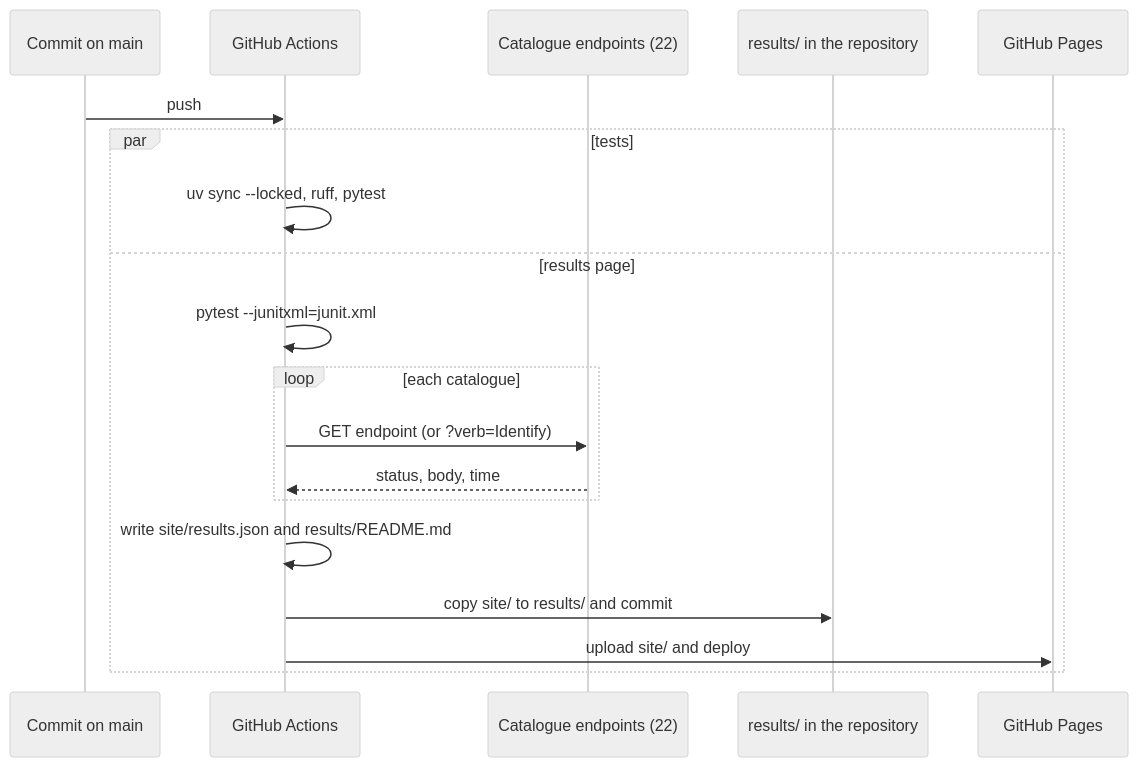
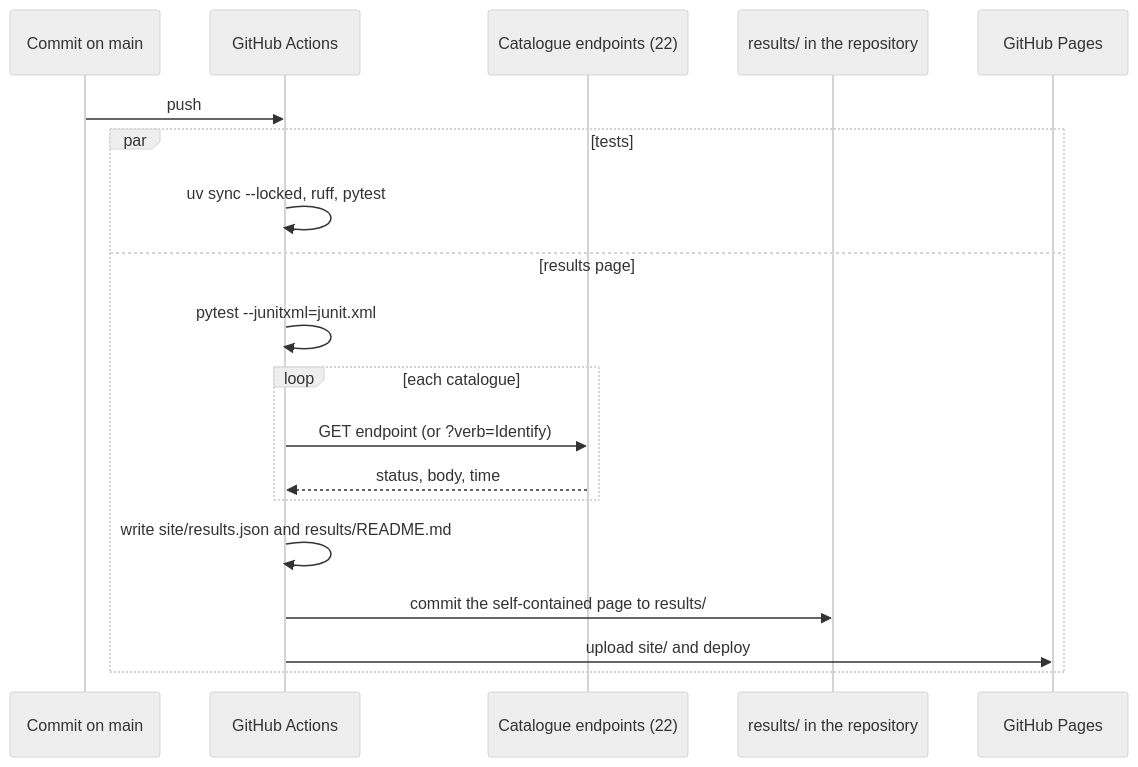
One commit to marioreale/eosc-catalogues-test changed the fifth of 5 diagrams in docs/README.md. Above: the diagram before and after it, drawn with Mermaid (neutral theme). The commit also changed other lines of this file and 5 other files, not shown here.

Commit message:
Results: self-contained, browsable results page in results/

````diff
--- a/docs/README.md
+++ b/docs/README.md
@@ -197,21 +204,21 @@
 ```mermaid
 sequenceDiagram
     participant Dev as Commit on main
     participant GH as GitHub Actions
     participant Ep as Catalogue endpoints (22)
     participant Rp as results/ in the repository
     participant Pg as GitHub Pages
     Dev->>GH: push
     par tests
       GH->>GH: uv sync --locked, ruff, pytest
     and results page
       GH->>GH: pytest --junitxml=junit.xml
       loop each catalogue
         GH->>Ep: GET endpoint (or ?verb=Identify)
         Ep-->>GH: status, body, time
       end
       GH->>GH: write site/results.json and results/README.md
-      GH->>Rp: copy site/ to results/ and commit
+      GH->>Rp: commit the self-contained page to results/
       GH->>Pg: upload site/ and deploy
     end
 ```
````
